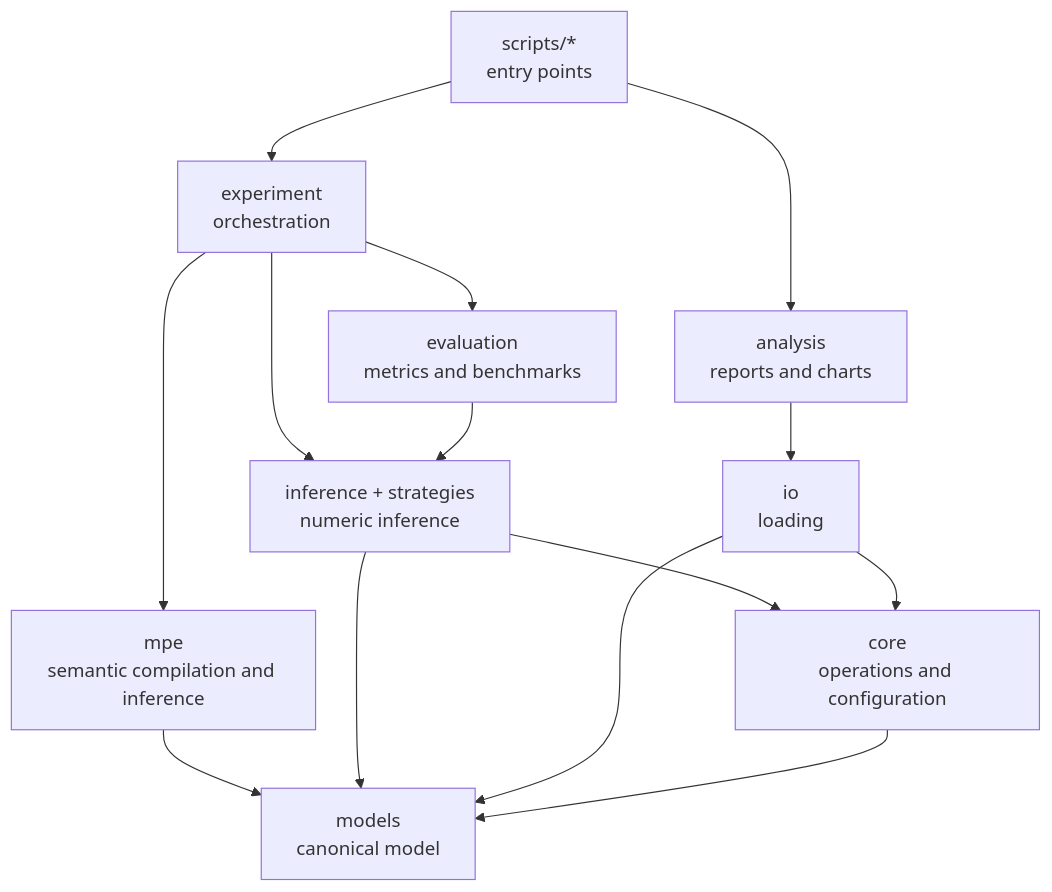
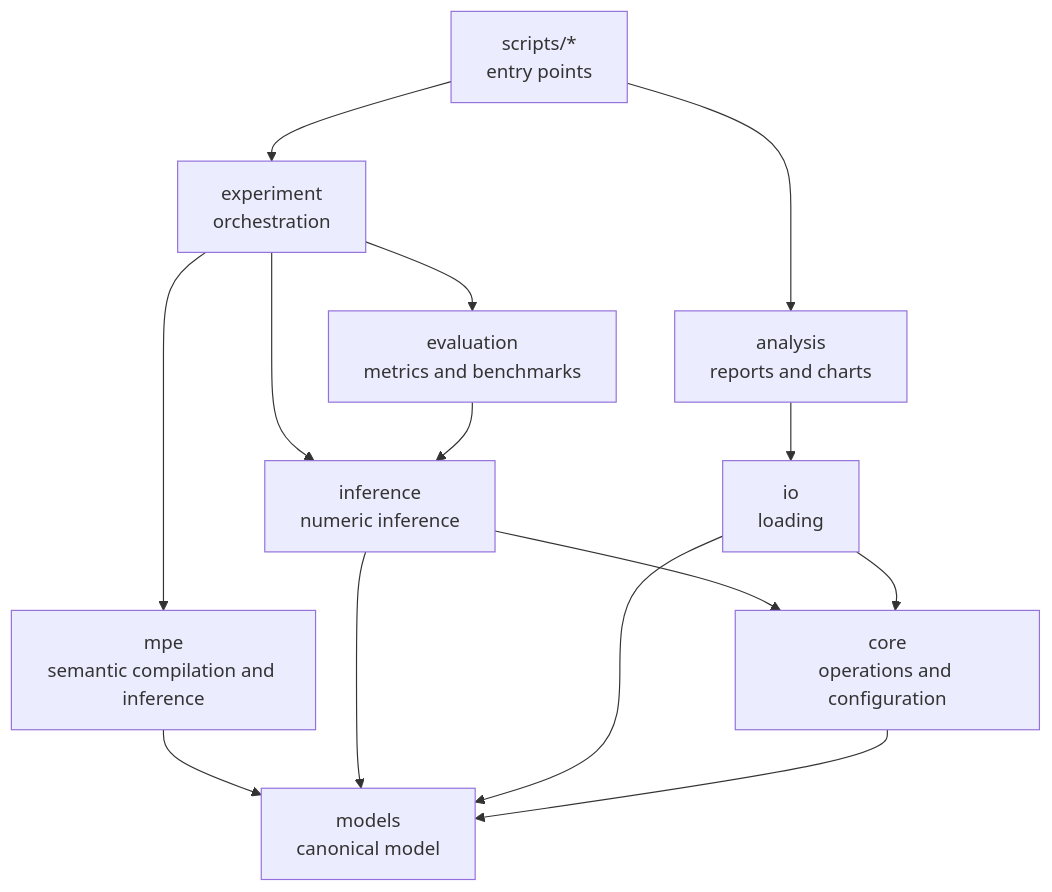
The diagram in docs/ARCHITECTURE.md (VictorRagazzi/pgm-llm-inference-reorganizado), drawn with Mermaid before and after one commit. The commit also changed other lines of this file and 60 other files, not shown here.

````diff
--- a/docs/ARCHITECTURE.md
+++ b/docs/ARCHITECTURE.md
@@ -23,16 +23,16 @@
 ```mermaid
 flowchart TD
     Scripts["scripts/*\nentry points"] --> Experiment["experiment\norchestration"]
     Scripts --> Analysis["analysis\nreports and charts"]
     Experiment --> MPE["mpe\nsemantic compilation and inference"]
-    Experiment --> Numeric["inference + strategies\nnumeric inference"]
+    Experiment --> Numeric["inference\nnumeric inference"]
     Experiment --> Evaluation["evaluation\nmetrics and benchmarks"]
     Analysis --> IO["io\nloading"]
     MPE --> Models["models\ncanonical model"]
     Numeric --> Core["core\noperations and configuration"]
     Numeric --> Models
     Evaluation --> Numeric
     IO --> Core
     IO --> Models
     Core --> Models
 ```
````
